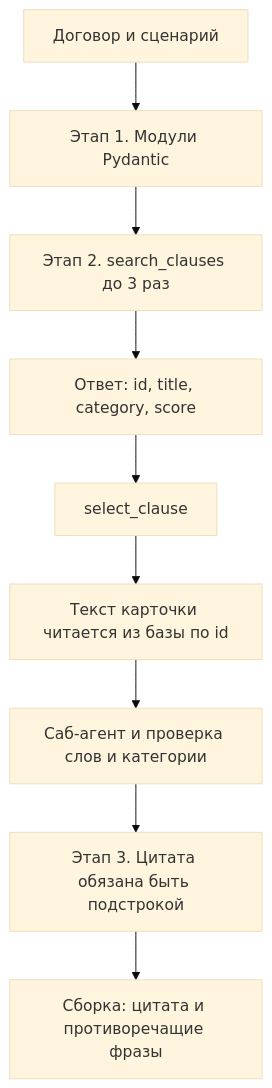
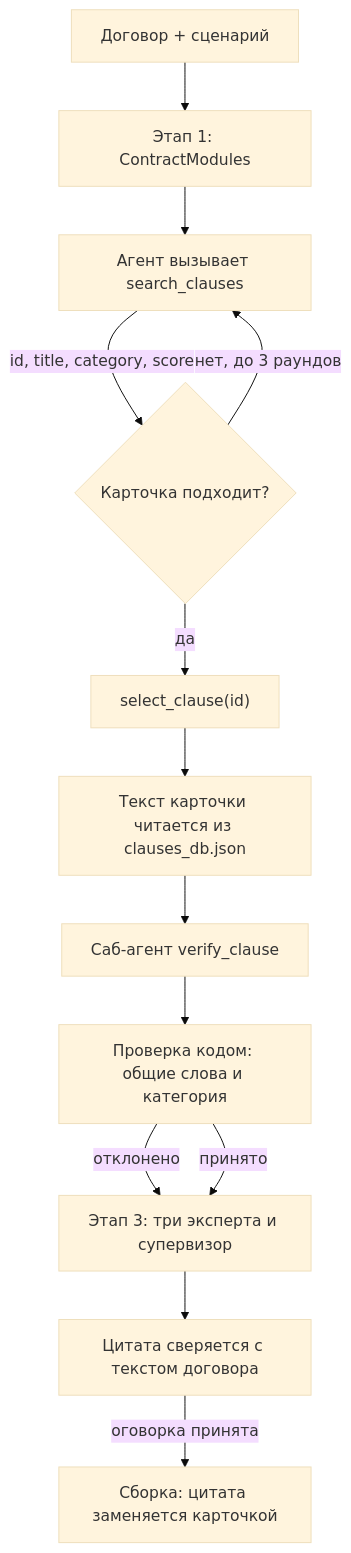
One commit to nvtm03/legaltech-antei changed the diagram in README.md. Above: the diagram before and after it, drawn with Mermaid (base theme). The commit also changed other lines of this file and 12 other files, not shown here.

````diff
--- a/README.md
+++ b/README.md
@@ -21,11 +43,15 @@
 ```mermaid
 graph TD
-    A[Договор и сценарий] --> B[Этап 1. Модули Pydantic]
-    B --> C[Этап 2. search_clauses до 3 раз]
-    C --> D[Ответ: id, title, category, score]
-    D --> E[select_clause]
-    E --> F[Текст карточки читается из базы по id]
-    F --> G[Саб-агент и проверка слов и категории]
-    G --> H[Этап 3. Цитата обязана быть подстрокой]
-    H --> I[Сборка: цитата и противоречащие фразы]
+    A["Договор + сценарий"] --> B["Этап 1: ContractModules"]
+    B --> C["Агент вызывает search_clauses"]
+    C -->|"id, title, category, score"| D{"Карточка подходит?"}
+    D -->|"нет, до 3 раундов"| C
+    D -->|"да"| E["select_clause(id)"]
+    E --> F["Текст карточки читается из clauses_db.json"]
+    F --> G["Саб-агент verify_clause"]
+    G --> H["Проверка кодом: общие слова и категория"]
+    H -->|"отклонено"| I["Этап 3: три эксперта и супервизор"]
+    H -->|"принято"| I
+    I --> J["Цитата сверяется с текстом договора"]
+    J -->|"оговорка принята"| K["Сборка: цитата заменяется карточкой"]
 ```
````
